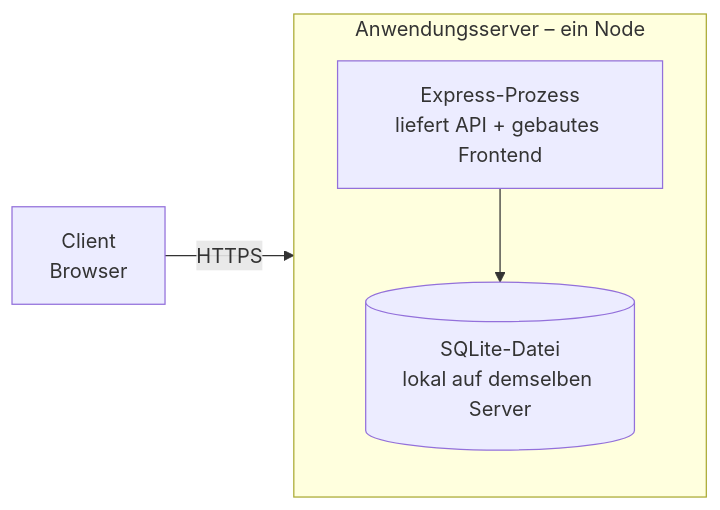
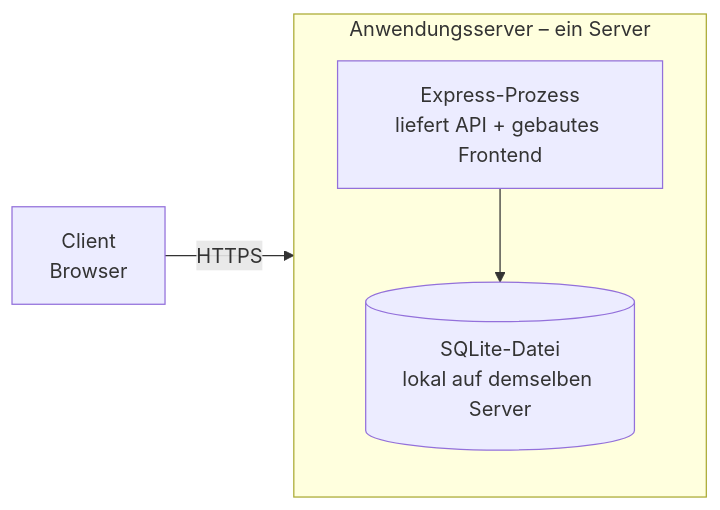
The diagram in docs/arch/A07-Bereitstellungsansicht.md (ksukh-ux/lifeline-project), drawn with Mermaid before and after one commit. The commit also changed other lines of this file and 3 other files, not shown here.

````diff
--- a/docs/arch/A07-Bereitstellungsansicht.md
+++ b/docs/arch/A07-Bereitstellungsansicht.md
@@ -16,10 +16,10 @@
 ```mermaid
 flowchart LR
     C[Client<br/>Browser] -->|HTTPS| S
 
-    subgraph S[Anwendungsserver – ein Node]
+    subgraph S[Anwendungsserver – ein Server]
         B[Express-Prozess<br/>liefert API + gebautes Frontend]
         DB[(SQLite-Datei<br/>lokal auf demselben Server)]
         B --> DB
     end
 ```
````
